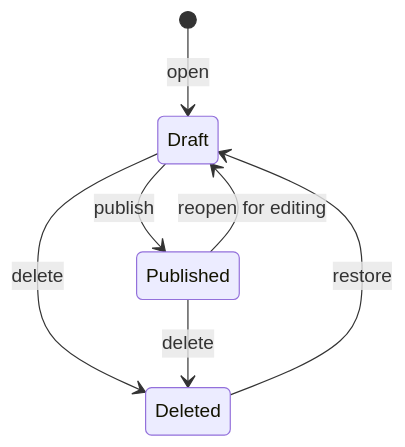
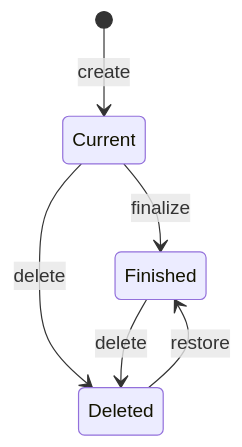
Before and after one commit to anddreyko/bgl-api: the third of 5 diagrams in docs/01-project-overview/02-business-domain.md, drawn with Mermaid. The commit also changed other lines of this file and 5 other files, not shown here.

````diff
--- a/docs/01-project-overview/02-business-domain.md
+++ b/docs/01-project-overview/02-business-domain.md
@@ -150,9 +162,8 @@
 ```mermaid
 stateDiagram-v2
-    [*] --> Draft: open
-    Draft --> Published: publish
-    Draft --> Deleted: delete
-    Published --> Draft: reopen for editing
-    Published --> Deleted: delete
-    Deleted --> Draft: restore
+    [*] --> Current: create
+    Current --> Finished: finalize
+    Current --> Deleted: delete
+    Finished --> Deleted: delete
+    Deleted --> Finished: restore
 ```
````
